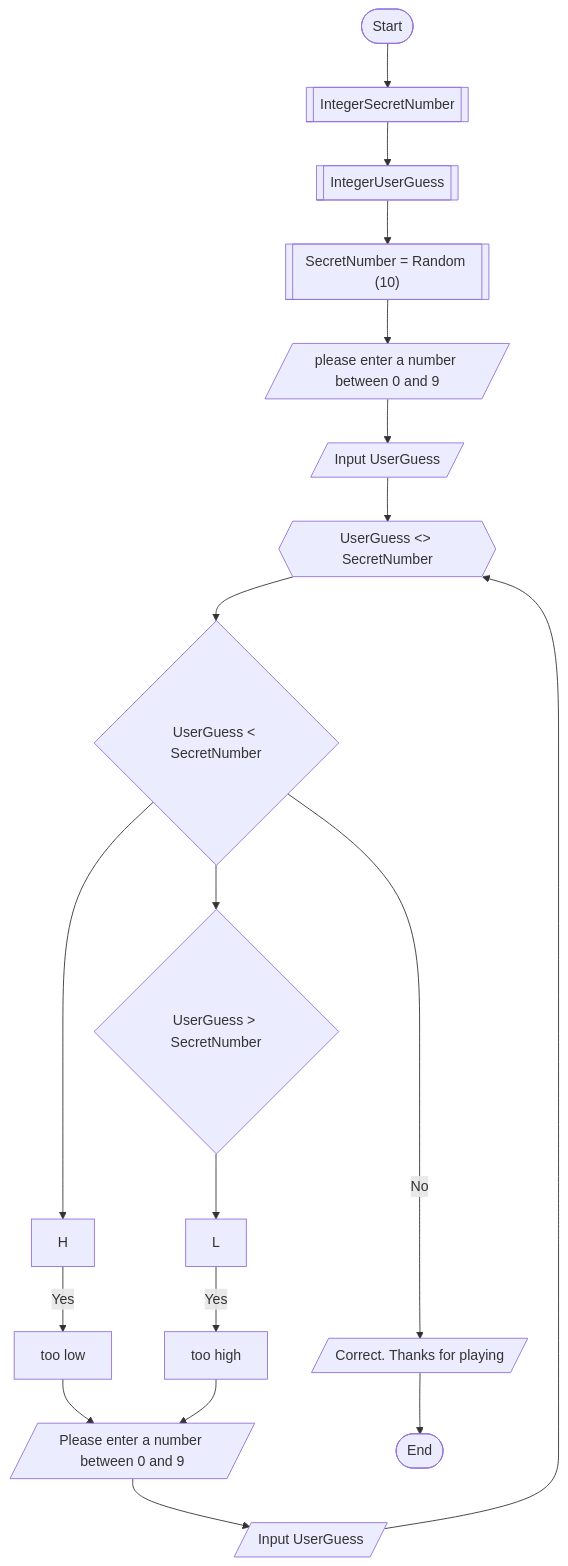
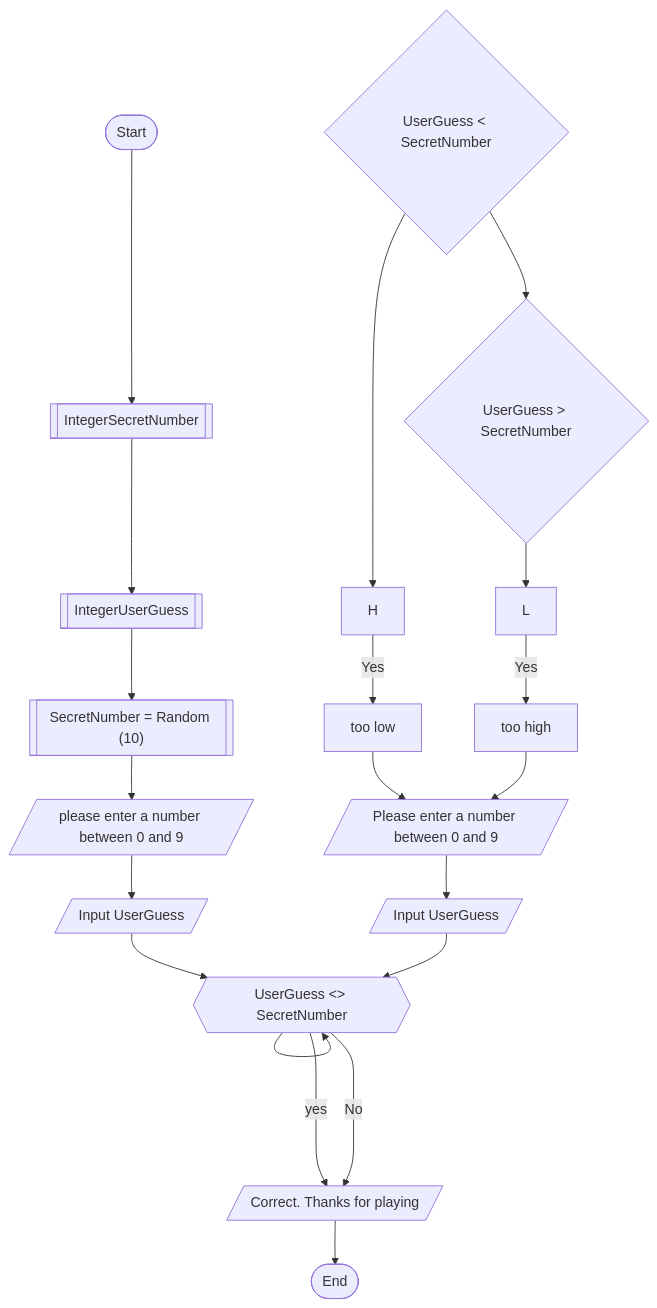
One commit to njedwards1872/njedwards1872.github.io changed the diagram in Guessing.md. Above: the diagram before and after it, drawn with Mermaid.

````diff
--- a/Guessing.md
+++ b/Guessing.md
@@ -1,19 +1,21 @@
 ```mermaid
 flowchart TD
  Start([Start]) --> 
     A@{ shape: subproc, label: "IntegerSecretNumber" } -->
     B@{ shape: subproc, label: "IntegerUserGuess" } -->
     C@{ shape: subproc, label: "SecretNumber = Random (10)" } --> 
     D@{ shape: lean-r, label: "please enter a number between 0 and 9" } -->
     E@{ shape: lean-r, label: "Input UserGuess" } -->
-    F@{ shape: hex, label: "UserGuess <> SecretNumber" } --> G{"UserGuess < SecretNumber"} -->
+    F@{ shape: hex, label: "UserGuess <> SecretNumber" }-->
+    F -- yes --> P
+    G{"UserGuess < SecretNumber"} -->
     H -- Yes --> I["too low"] -->N
     G{"UserGuess < SecretNumber"} -->K{"UserGuess > SecretNumber"} -->
     L -- Yes --> M["too high"] -->N
-    G ---->|No| P[End]
+    F ---->|No| P[End]
    
     N@{ shape: lean-r, label: "Please enter a number between 0 and 9" } --> O@{ shape: lean-r, label: "Input UserGuess" } -->F
     P@{ shape: lean-r, label: "Correct. Thanks for playing" } -->
 
  End([End])
 ```
````
